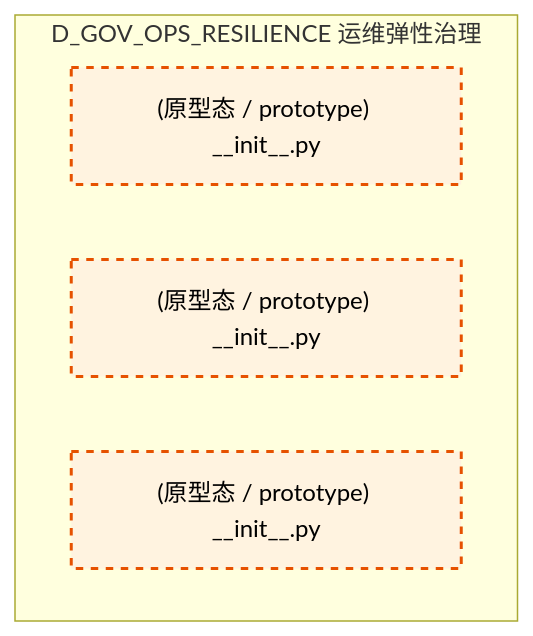
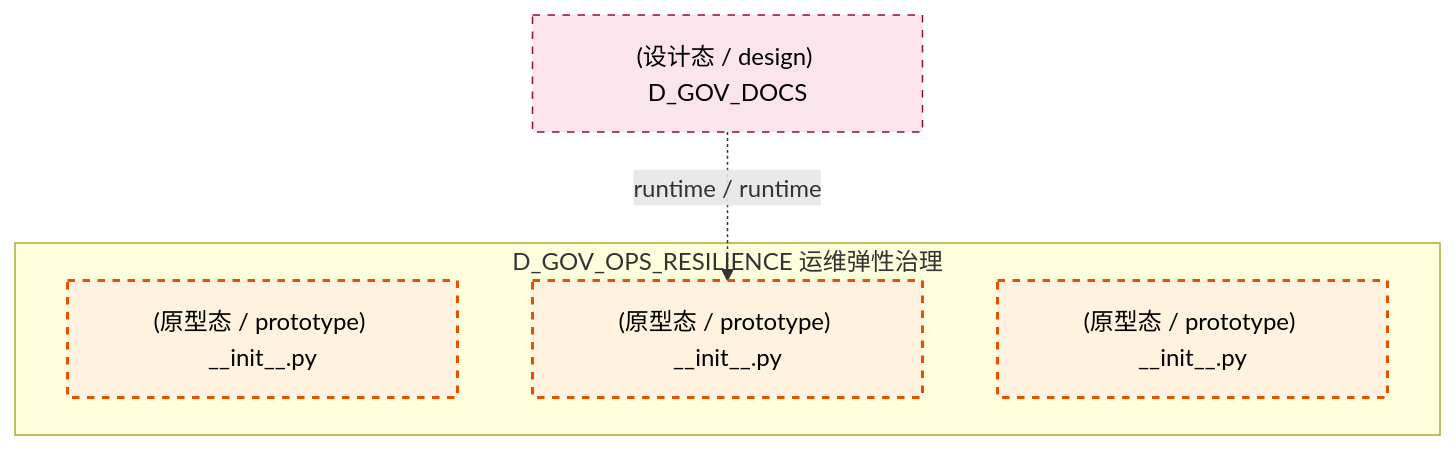
Before and after one commit to xuanFelixVan/ZephyrAlpha: the fifth of 6 diagrams in docs/02_enterprise_architecture/02_domain_architecture_docs/15_d_gov_ops_resilience.md, drawn with Mermaid. The commit also changed other lines of this file and 112 other files, not shown here.

````diff
--- a/docs/02_enterprise_architecture/02_domain_architecture_docs/15_d_gov_ops_resilience.md
+++ b/docs/02_enterprise_architecture/02_domain_architecture_docs/15_d_gov_ops_resilience.md
@@ -532,13 +533,16 @@
 ```mermaid
 graph TD
     subgraph D_GOV_OPS_RESILIENCE["D_GOV_OPS_RESILIENCE 运维弹性治理"]
         src_zephyr_governance_ops_governance_init_py["(原型态 / prototype) __init__.py"]
         src_zephyr_governance_resilience_governance_init_py["(原型态 / prototype) __init__.py"]
         src_zephyr_governance_security_governance_init_py["(原型态 / prototype) __init__.py"]
     end
+    D_GOV_DOCS["(设计态 / design) D_GOV_DOCS"]
+    D_GOV_DOCS -.->|runtime / runtime| src_zephyr_governance_resilience_governance_init_py
     classDef production fill:#e1f5fe,stroke:#01579b,stroke-width:2px,color:#000
     classDef design fill:#fff3e0,stroke:#e65100,stroke-width:2px,color:#000,stroke-dasharray: 5 5
     classDef external_prod fill:#e8f5e9,stroke:#1b5e20,stroke-width:1px,color:#000
     classDef external_design fill:#fce4ec,stroke:#880e4f,stroke-width:1px,color:#000,stroke-dasharray: 5 5
     class src_zephyr_governance_ops_governance_init_py,src_zephyr_governance_resilience_governance_init_py,src_zephyr_governance_security_governance_init_py design
+    class D_GOV_DOCS external_design
 ```
````
